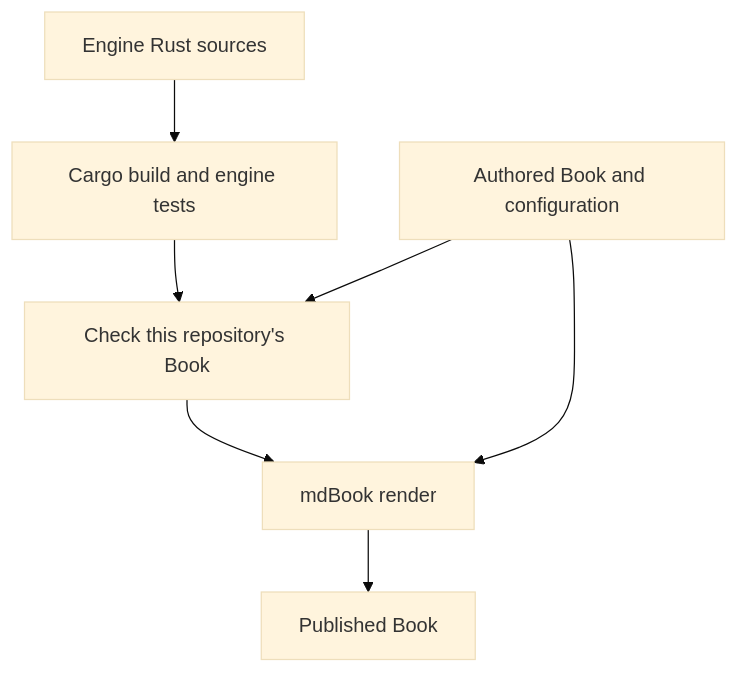
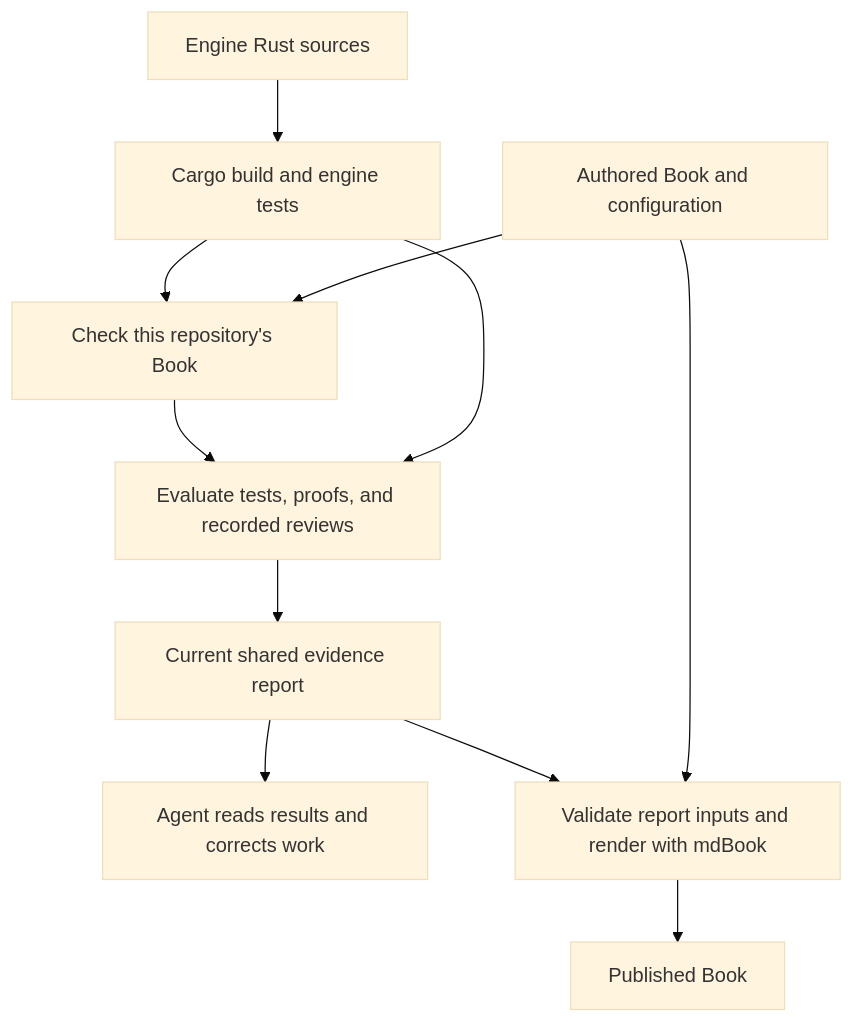
The second of 2 diagrams in book/design/system-overview.md (anchor-book/anchor-book), drawn with Mermaid (base theme) before and after one commit. The commit also changed other lines of this file and 31 other files, not shown here.

````diff
--- a/book/design/system-overview.md
+++ b/book/design/system-overview.md
@@ -136,10 +171,14 @@
 ```mermaid
 %%{init: {"flowchart": {"useMaxWidth": false}}}%%
 flowchart TB
     rust["Engine Rust sources"] --> cargo["Cargo build and engine tests"]
     cargo --> check["Check this repository's Book"]
     book["Authored Book and configuration"] --> check
-    check --> render["mdBook render"]
+    check --> verify["Evaluate tests, proofs, and recorded reviews"]
+    cargo --> verify
+    verify --> report["Current shared evidence report"]
+    report --> agent["Agent reads results and corrects work"]
+    report --> render["Validate report inputs and render with mdBook"]
     book --> render
     render --> pages["Published Book"]
 ```
````
